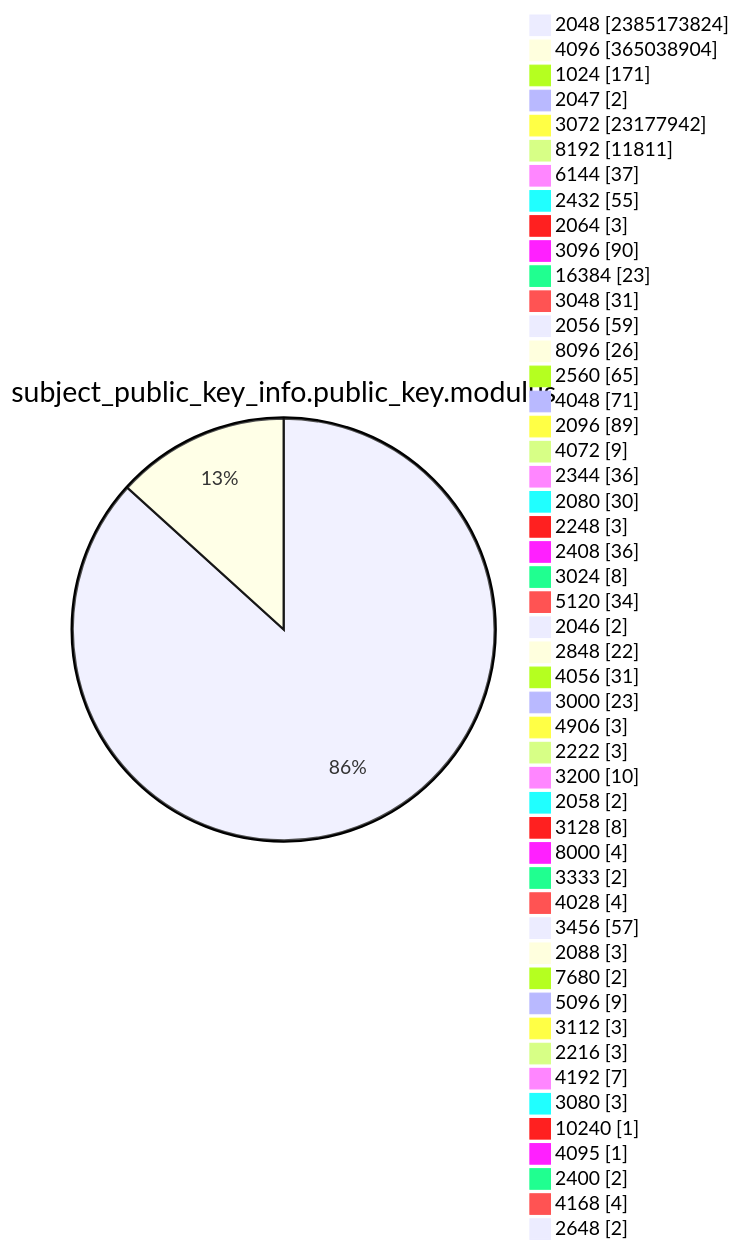
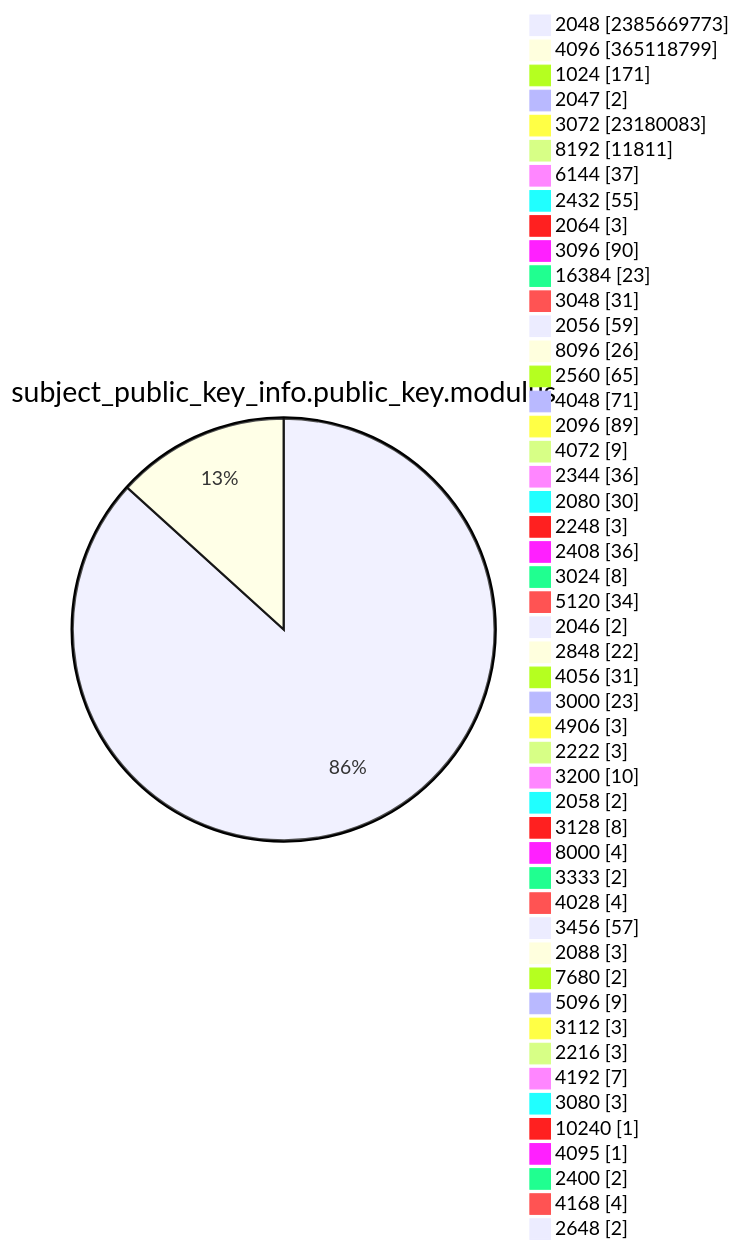
Before and after one commit to christiankrug/ctmonitor_visualization: diagram 13 of 15 in TOTAL/README.md, drawn with Mermaid. The commit also changed other lines of this file, not shown here.

````diff
--- a/TOTAL/README.md
+++ b/TOTAL/README.md
@@ -4167,53 +4167,53 @@
 ```mermaid
 pie showData
 title subject_public_key_info.public_key.modulus
-"2048" :2385173824
-"4096" :365038904
+"2048" :2385669773
+"4096" :365118799
 "1024" :171
 "2047" :2
-"3072" :23177942
+"3072" :23180083
 "8192" :11811
 "6144" :37
 "2432" :55
 "2064" :3
 "3096" :90
 "16384" :23
 "3048" :31
 "2056" :59
 "8096" :26
 "2560" :65
 "4048" :71
 "2096" :89
 "4072" :9
 "2344" :36
 "2080" :30
 "2248" :3
 "2408" :36
 "3024" :8
 "5120" :34
 "2046" :2
 "2848" :22
 "4056" :31
 "3000" :23
 "4906" :3
 "2222" :3
 "3200" :10
 "2058" :2
 "3128" :8
 "8000" :4
 "3333" :2
 "4028" :4
 "3456" :57
 "2088" :3
 "7680" :2
 "5096" :9
 "3112" :3
 "2216" :3
 "4192" :7
 "3080" :3
 "10240" :1
 "4095" :1
 "2400" :2
 "4168" :4
 "2648" :2
 ```
````
